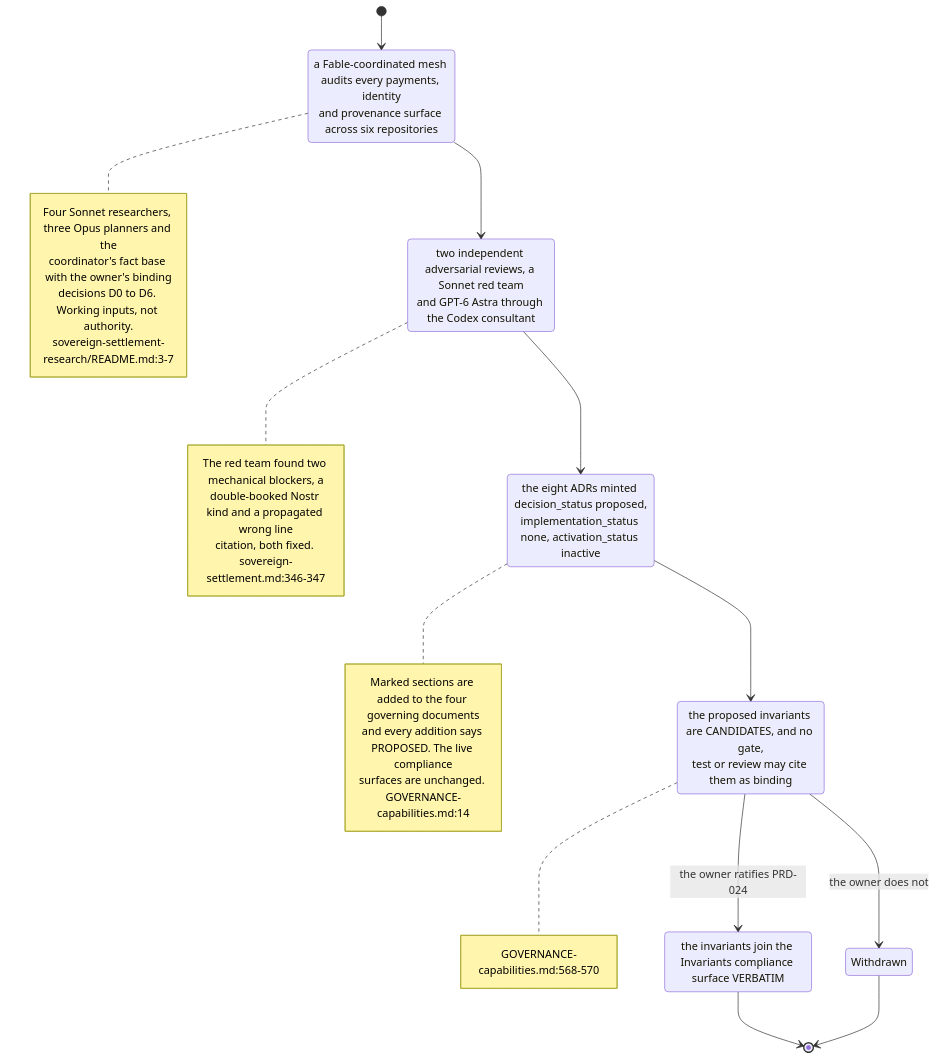
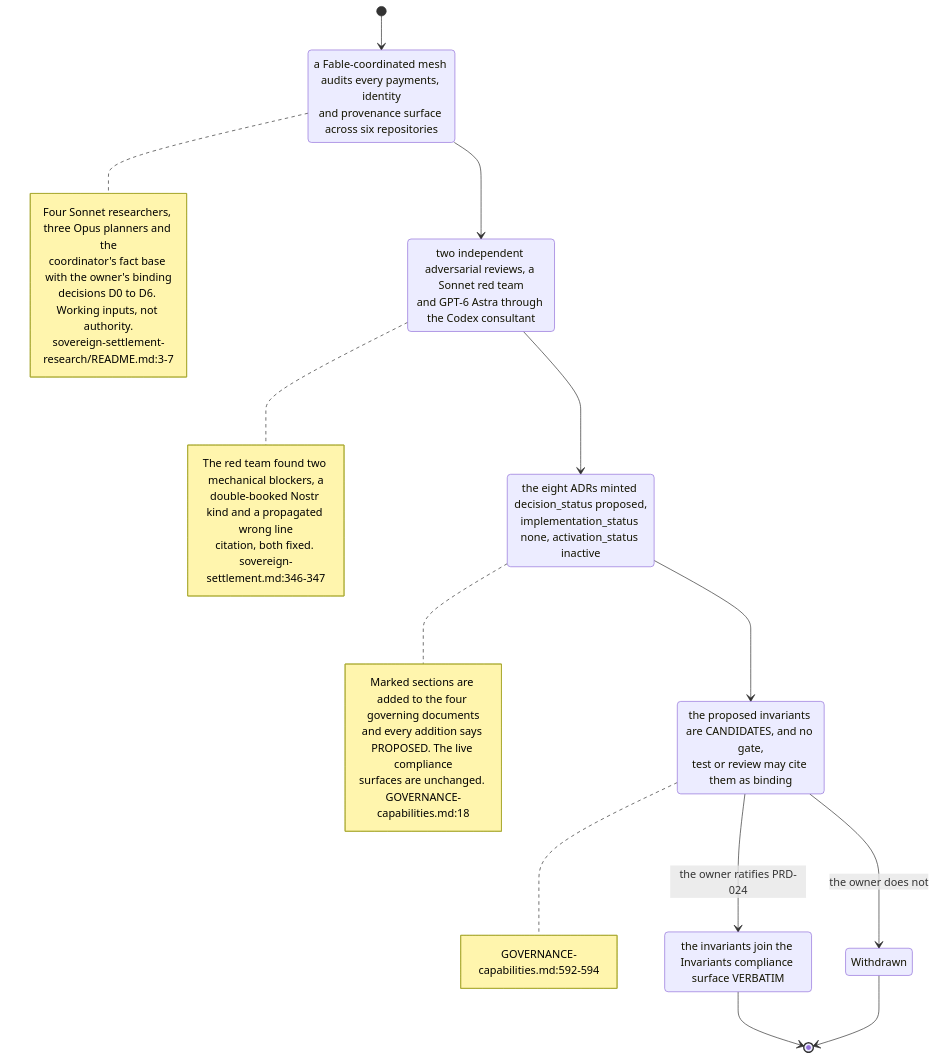
One commit to DreamLab-AI/VisionFlow changed the second of 7 diagrams in docs/diagrams/agentbox/31-sovereign-settlement.md. Above: the diagram before and after it, drawn with Mermaid. The commit also changed other lines of this file and 160 other files, not shown here.

````diff
--- a/docs/diagrams/agentbox/31-sovereign-settlement.md
+++ b/docs/diagrams/agentbox/31-sovereign-settlement.md
@@ -92,35 +93,35 @@
 ```mermaid
 stateDiagram-v2
     [*] --> Researched
     Researched: a Fable-coordinated mesh audits every payments, identity<br/>and provenance surface across six repositories
     note right of Researched
         Four Sonnet researchers, three Opus planners and the
         coordinator's fact base with the owner's binding
         decisions D0 to D6. Working inputs, not authority.
         sovereign-settlement-research/README.md:3-7
     end note
     Researched --> Reviewed
     Reviewed: two independent adversarial reviews, a Sonnet red team<br/>and GPT-6 Astra through the Codex consultant
     note right of Reviewed
         The red team found two mechanical blockers, a
         double-booked Nostr kind and a propagated wrong line
         citation, both fixed. sovereign-settlement.md:346-347
     end note
     Reviewed --> Proposed
     Proposed: the eight ADRs minted decision_status proposed,<br/>implementation_status none, activation_status inactive
     note right of Proposed
         Marked sections are added to the four governing documents
         and every addition says PROPOSED. The live compliance
-        surfaces are unchanged. GOVERNANCE-capabilities.md:14
+        surfaces are unchanged. GOVERNANCE-capabilities.md:18
     end note
     Proposed --> Candidate
     Candidate: the proposed invariants are CANDIDATES, and no gate,<br/>test or review may cite them as binding
     note right of Candidate
-        GOVERNANCE-capabilities.md:568-570
+        GOVERNANCE-capabilities.md:592-594
     end note
     Candidate --> Ratified : the owner ratifies PRD-024
     Candidate --> Withdrawn : the owner does not
     Ratified: the invariants join the Invariants compliance surface VERBATIM
     Ratified --> [*]
     Withdrawn --> [*]
 ```
````
